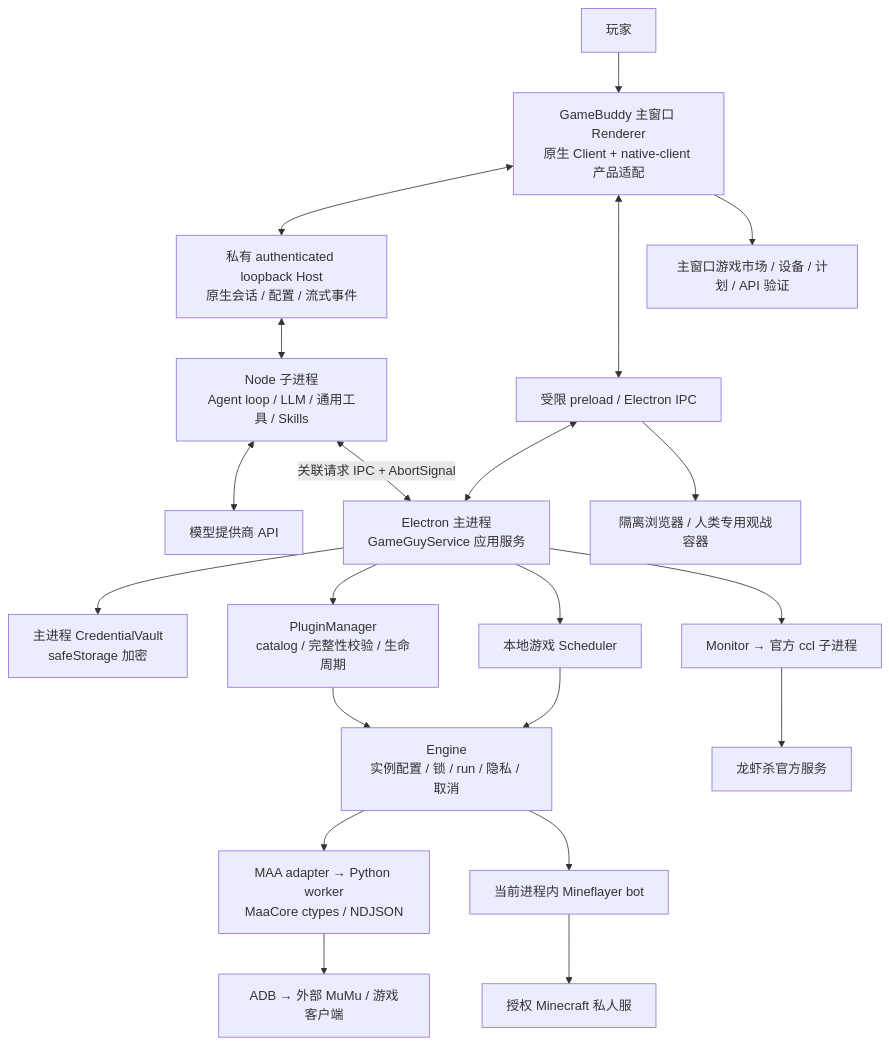
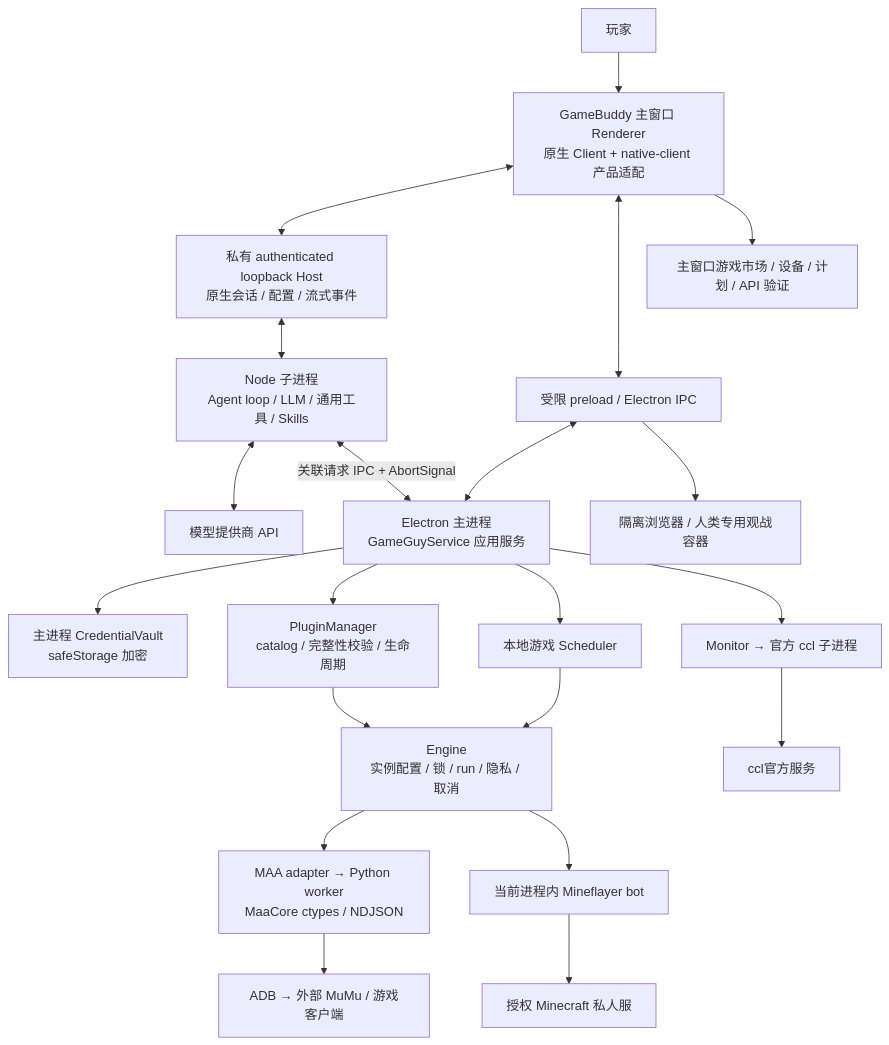
Before and after one commit to loofah0v0/gamebuddy: the diagram in README.md, drawn with Mermaid. The commit also changed other lines of this file, not shown here.

````diff
--- a/README.md
+++ b/README.md
@@ -105,23 +105,23 @@
 ```mermaid
 flowchart TB
   U[玩家] --> R[GameBuddy 主窗口 Renderer<br/>原生 Client + native-client 产品适配]
   R <--> H[私有 authenticated loopback Host<br/>原生会话 / 配置 / 流式事件]
   H <--> A[Node 子进程<br/>Agent loop / LLM / 通用工具 / Skills]
   A <--> L[模型提供商 API]
   R <--> P[受限 preload / Electron IPC]
   P <--> S[Electron 主进程<br/>GameGuyService 应用服务]
   A <-->|关联请求 IPC + AbortSignal| S
   S --> V[主进程 CredentialVault<br/>safeStorage 加密]
   S --> PM[PluginManager<br/>catalog / 完整性校验 / 生命周期]
   PM --> E[Engine<br/>实例配置 / 锁 / run / 隐私 / 取消]
   S --> Q[本地游戏 Scheduler]
   Q --> E
   E --> M[MAA adapter → Python worker<br/>MaaCore ctypes / NDJSON]
   M --> D[ADB → 外部 MuMu / 游戏客户端]
   E --> MC[当前进程内 Mineflayer bot]
   MC --> SV[授权 Minecraft 私人服]
   S --> C[Monitor → 官方 ccl 子进程]
-  C --> CL[龙虾杀官方服务]
+  C --> CL[ccl官方服务]
   R --> GW[主窗口游戏市场 / 设备 / 计划 / API 验证]
   P --> B[隔离浏览器 / 人类专用观战容器]
 ```
````
